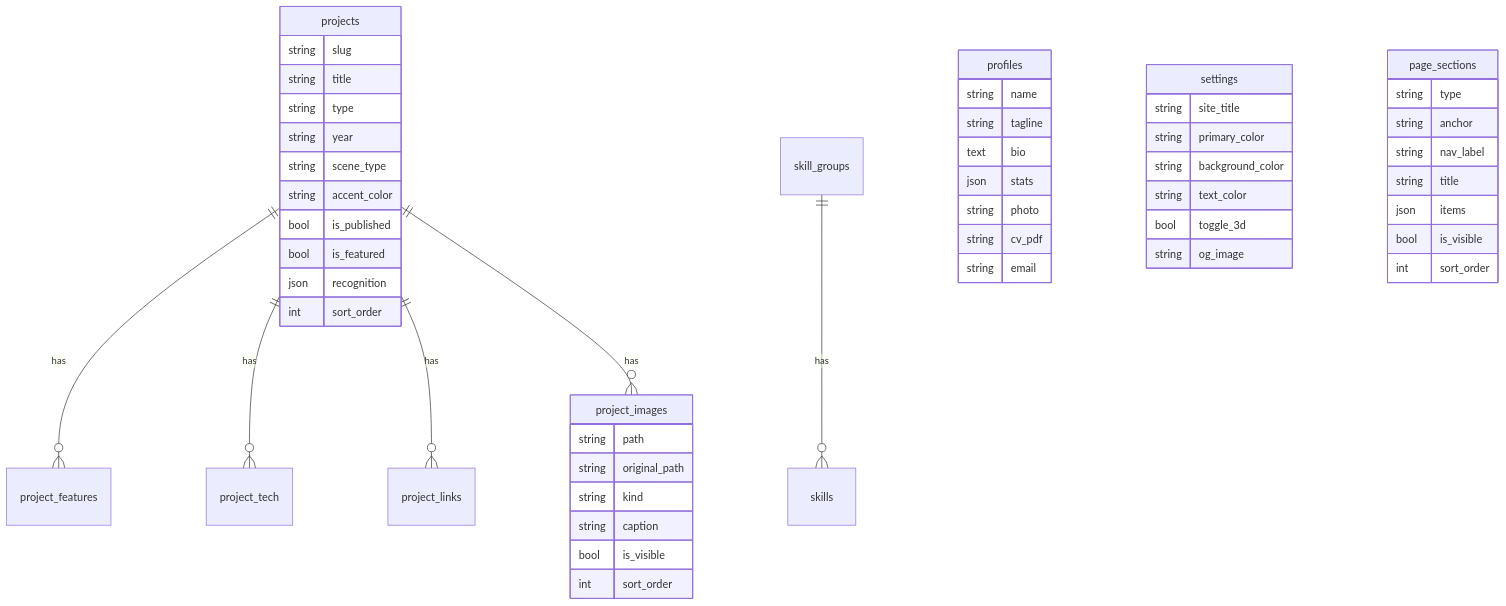
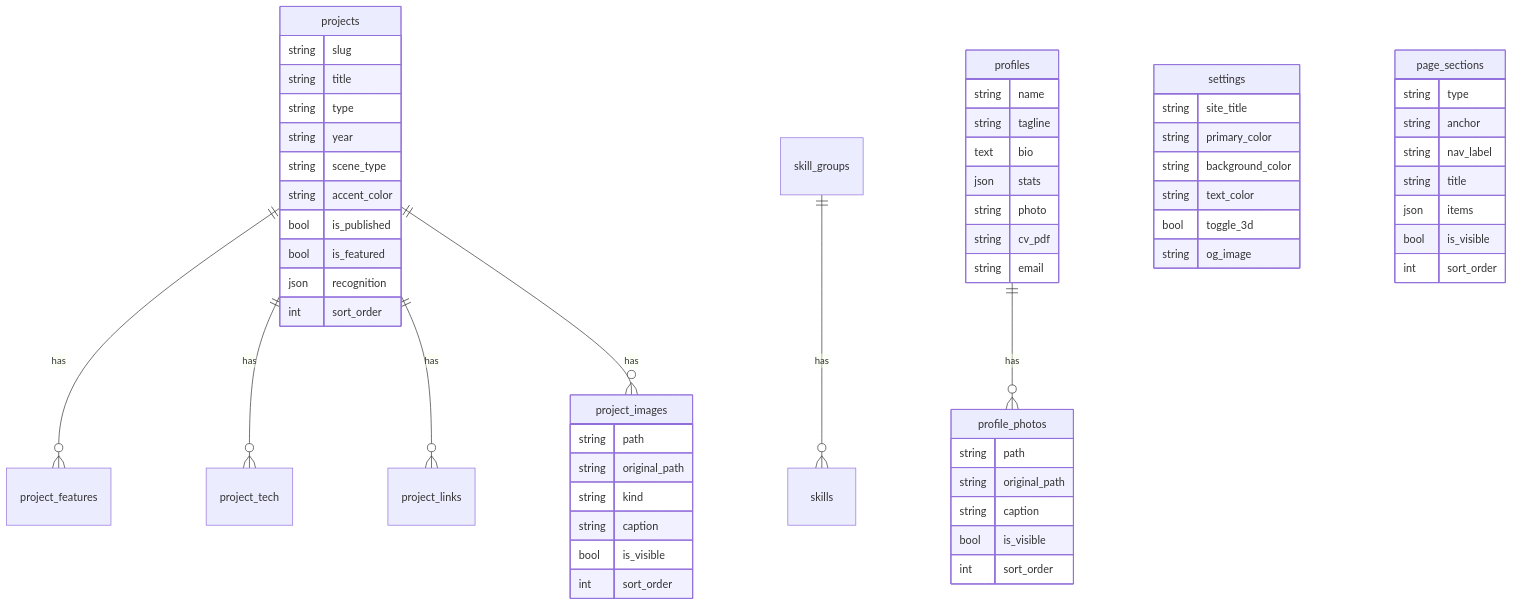
One commit to NoviIndraF/portfolio-web changed the diagram in docs/technical/02-data-model.md. Above: the diagram before and after it, drawn with Mermaid. The commit also changed other lines of this file and 28 other files, not shown here.

````diff
--- a/docs/technical/02-data-model.md
+++ b/docs/technical/02-data-model.md
@@ -5,13 +5,15 @@
 ```mermaid
 erDiagram
     projects ||--o{ project_features : has
     projects ||--o{ project_tech : has
     projects ||--o{ project_links : has
     projects ||--o{ project_images : has
     skill_groups ||--o{ skills : has
+    profiles ||--o{ profile_photos : has
     profiles { string name string tagline text bio json stats string photo string cv_pdf string email }
     settings { string site_title string primary_color string background_color string text_color bool toggle_3d string og_image }
     page_sections { string type string anchor string nav_label string title json items bool is_visible int sort_order }
     projects { string slug string title string type string year string scene_type string accent_color bool is_published bool is_featured json recognition int sort_order }
+    profile_photos { string path string original_path string caption bool is_visible int sort_order }
     project_images { string path string original_path string kind string caption bool is_visible int sort_order }
 ```
````
